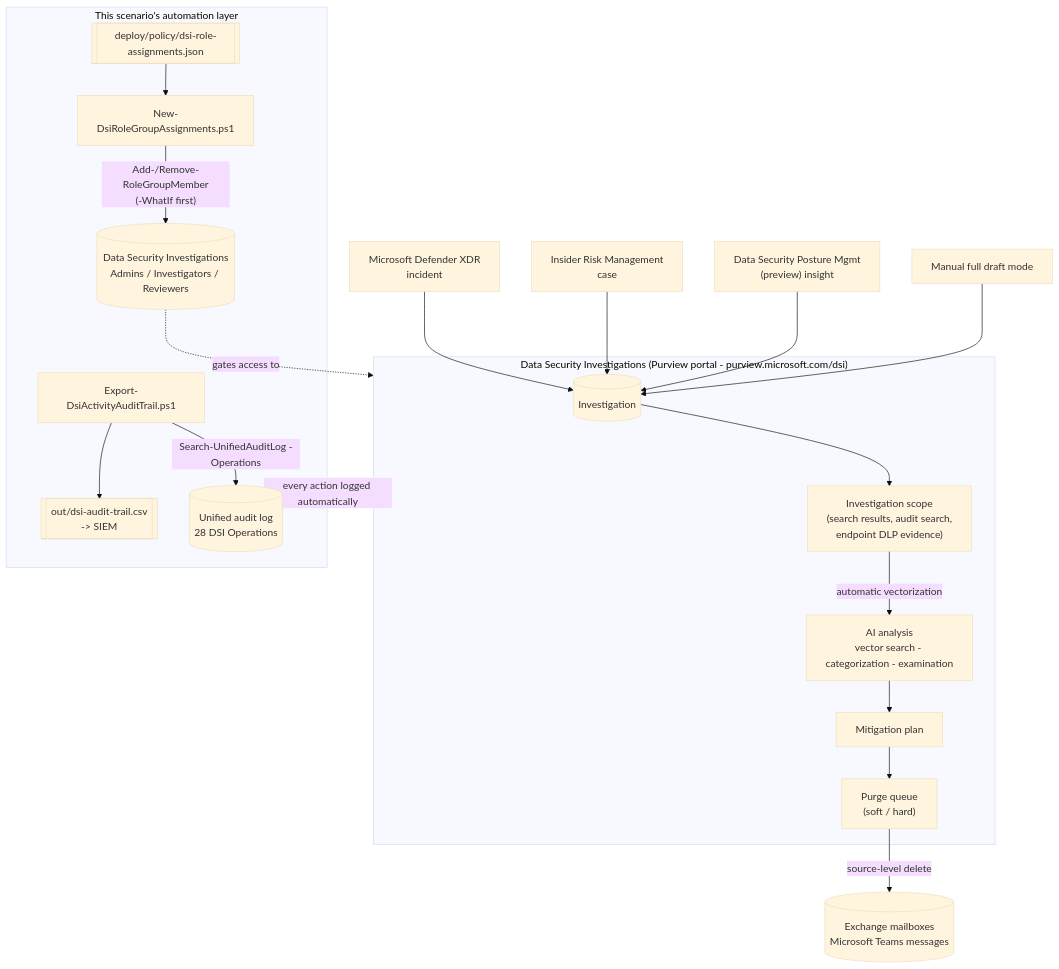
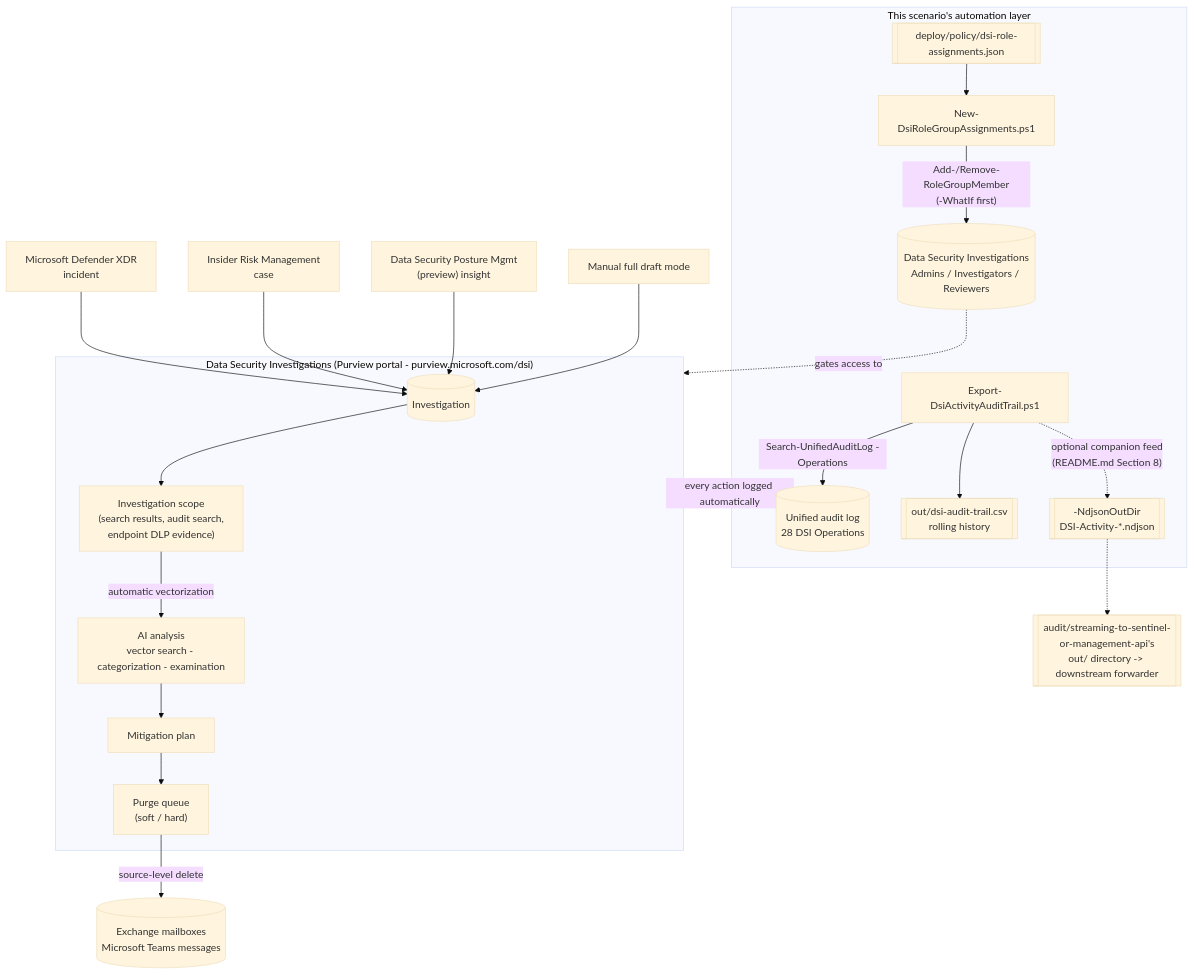
One commit to kpsec1/purview-scenario-library changed the diagram in scenarios/data-security-investigations/post-breach-investigation-and-purge/README.md. Above: the diagram before and after it, drawn with Mermaid (base theme). The commit also changed other lines of this file and 7 other files, not shown here.

First line of the commit message:
feat(data-security-investigations): wire DSI audit trail into SIEM streaming companion feed

````diff
--- a/scenarios/data-security-investigations/post-breach-investigation-and-purge/README.md
+++ b/scenarios/data-security-investigations/post-breach-investigation-and-purge/README.md
@@ -50,41 +50,46 @@
 ```mermaid
 flowchart TD
     XDR["Microsoft Defender XDR<br/>incident"]
     IRM["Insider Risk Management<br/>case"]
     DSPM["Data Security Posture Mgmt<br/>(preview) insight"]
     Manual["Manual full draft mode"]
 
     subgraph DSI["Data Security Investigations (Purview portal - purview.microsoft.com/dsi)"]
         Inv[("Investigation")]
         Scope["Investigation scope<br/>(search results, audit search,<br/>endpoint DLP evidence)"]
         AI["AI analysis<br/>vector search - categorization - examination"]
         Mit["Mitigation plan"]
         Purge["Purge queue<br/>(soft / hard)"]
     end
 
     XDR --> Inv
     IRM --> Inv
     DSPM --> Inv
     Manual --> Inv
     Inv --> Scope
     Scope -->|"automatic vectorization"| AI
     AI --> Mit
     Mit --> Purge
     Purge -->|"source-level delete"| Src[("Exchange mailboxes<br/>Microsoft Teams messages")]
 
     subgraph Gov["This scenario's automation layer"]
         Cfg[["deploy/policy/dsi-role-assignments.json"]]
         RB["New-DsiRoleGroupAssignments.ps1"]
         RoleGroups[("Data Security Investigations<br/>Admins / Investigators / Reviewers")]
         Audit["Export-DsiActivityAuditTrail.ps1"]
         UAL[("Unified audit log<br/>28 DSI Operations")]
-        CSV[["out/dsi-audit-trail.csv<br/>-> SIEM"]]
+        CSV[["out/dsi-audit-trail.csv<br/>rolling history"]]
+        NDJSON[["-NdjsonOutDir<br/>DSI-Activity-*.ndjson"]]
     end
+
+    SiemOut[["audit/streaming-to-sentinel-or-management-api's<br/>out/ directory -> downstream forwarder"]]
 
     Cfg --> RB
     RB -->|"Add-/Remove-RoleGroupMember<br/>(-WhatIf first)"| RoleGroups
     RoleGroups -.->|"gates access to"| DSI
     DSI -->|"every action logged automatically"| UAL
     Audit -->|"Search-UnifiedAuditLog -Operations"| UAL
     Audit --> CSV
+    Audit -.->|"optional companion feed<br/>(README.md Section 8)"| NDJSON
+    NDJSON -.-> SiemOut
 ```
````
